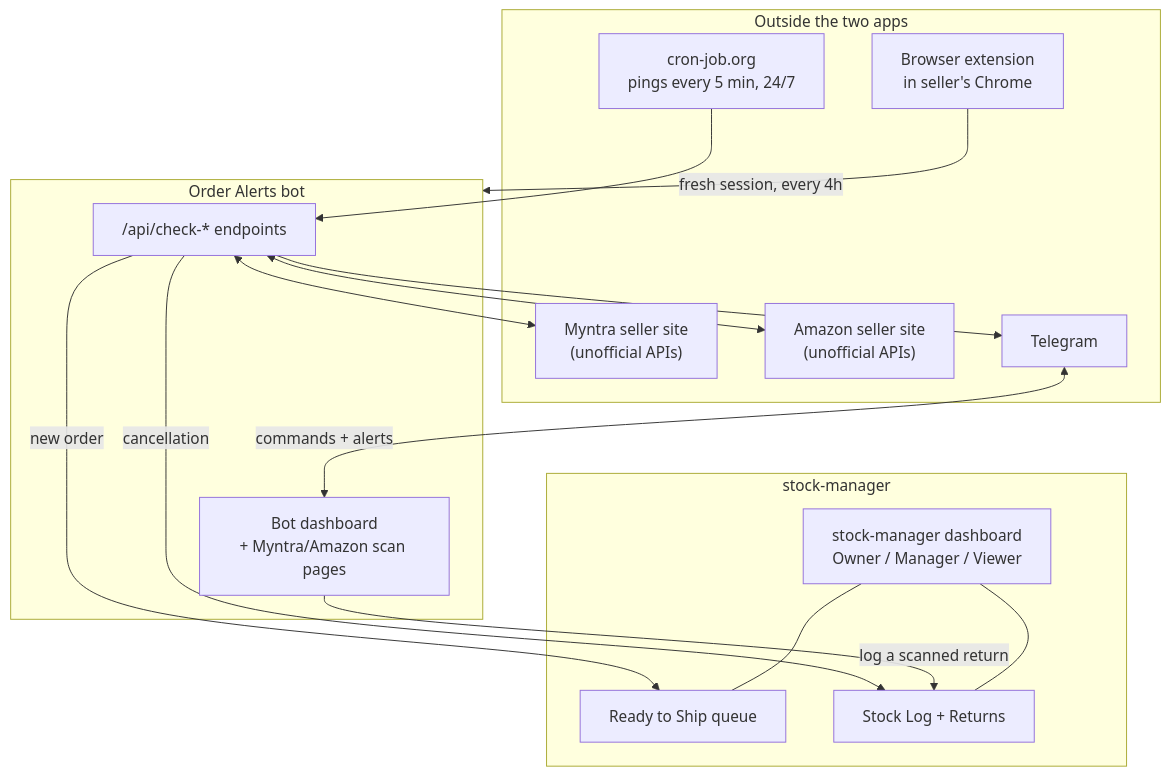
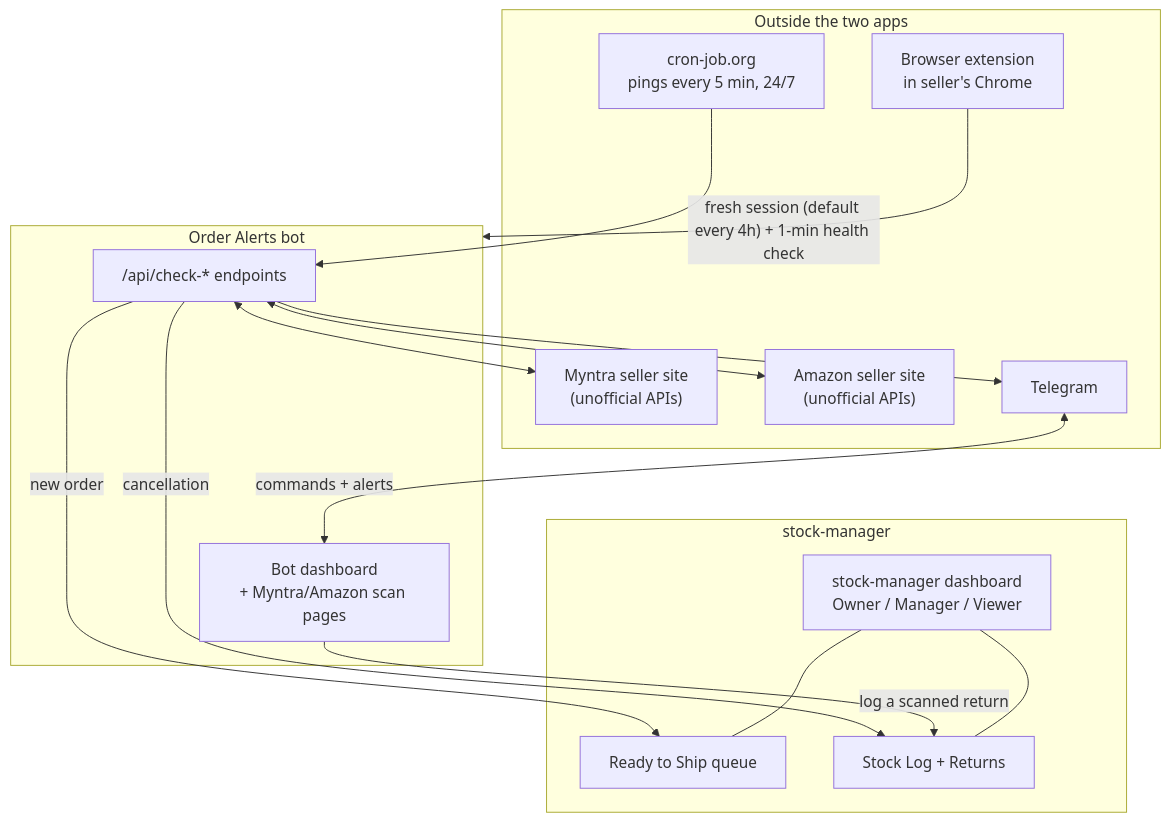
One commit to gauravjain231120/stock-manager changed the first of 6 diagrams in ARCHITECTURE.md. Above: the diagram before and after it, drawn with Mermaid. The commit also changed other lines of this file, not shown here.

Commit message:
Docs: sync ARCHITECTURE.md (session keep-alive, extension 1.1)

````diff
--- a/ARCHITECTURE.md
+++ b/ARCHITECTURE.md
@@ -37,33 +37,33 @@
 ```mermaid
 flowchart TD
   subgraph OUT["Outside the two apps"]
     CRONJOB["cron-job.org<br/>pings every 5 min, 24/7"]
     MYNTRA["Myntra seller site<br/>(unofficial APIs)"]
     AMAZON["Amazon seller site<br/>(unofficial APIs)"]
     TELE["Telegram"]
     EXT["Browser extension<br/>in seller's Chrome"]
   end
 
   subgraph BOTAPP["Order Alerts bot"]
     CHECKS["/api/check-* endpoints"]
     BOTDASH["Bot dashboard<br/>+ Myntra/Amazon scan pages"]
   end
 
   subgraph SMAPP["stock-manager"]
     QUEUE["Ready to Ship queue"]
     LOG["Stock Log + Returns"]
     SMDASH["stock-manager dashboard<br/>Owner / Manager / Viewer"]
   end
 
   CRONJOB --> CHECKS
   CHECKS <--> MYNTRA
   CHECKS <--> AMAZON
   CHECKS --> TELE
   CHECKS -->|"new order"| QUEUE
   CHECKS -->|"cancellation"| LOG
-  EXT -->|"fresh session, every 4h"| BOTAPP
+  EXT -->|"fresh session (default every 4h) + 1-min health check"| BOTAPP
   BOTDASH -->|"log a scanned return"| LOG
   TELE <-->|"commands + alerts"| BOTDASH
   SMDASH --- QUEUE
   SMDASH --- LOG
 ```
````
